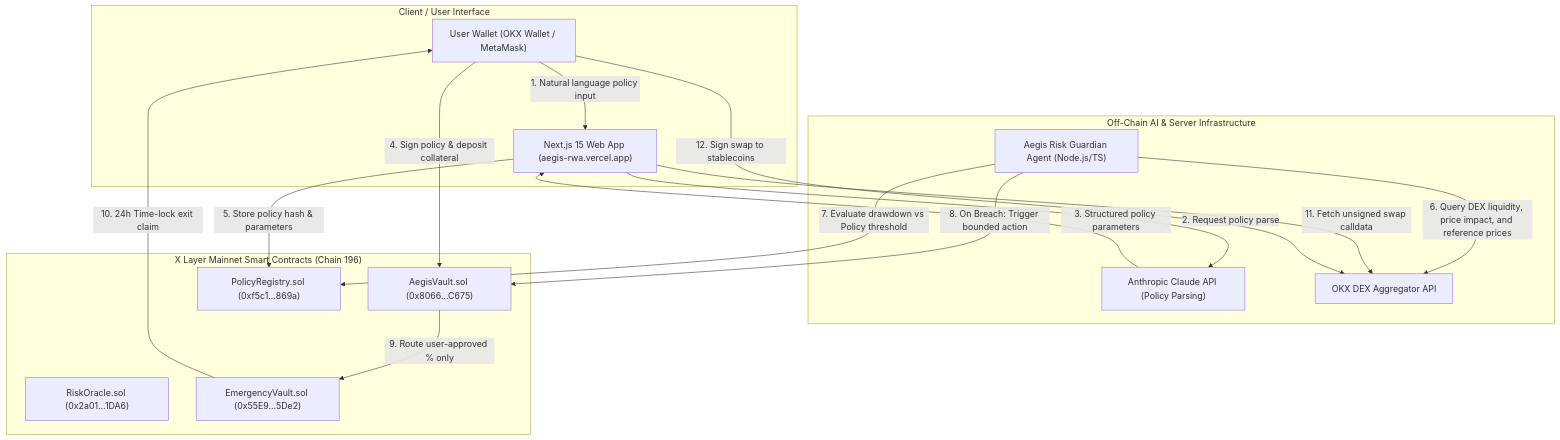
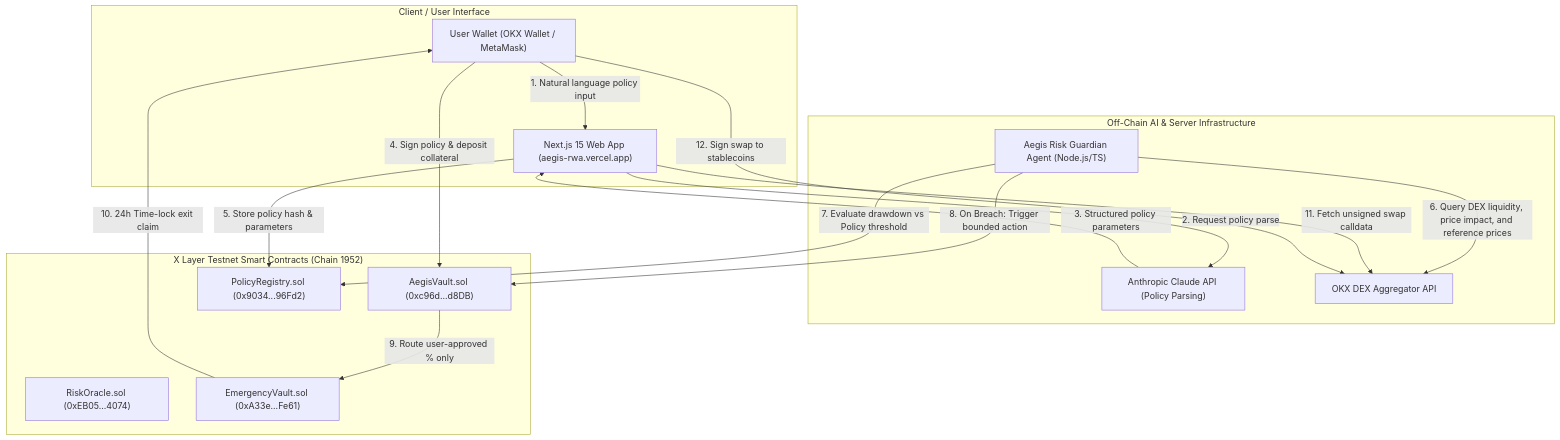
Before and after one commit to Ultraviolet01/Aegis: the diagram in README.md, drawn with Mermaid. The commit also changed other lines of this file and 3 other files, not shown here.

Commit message:
feat: add Emergency Claims UI, testnet faucet with toast, sequential per-wallet position tracking, on-chain activity timeline, and live breach scripts

````diff
--- a/README.md
+++ b/README.md
@@ -25,36 +25,36 @@
 ```mermaid
 graph TD
     subgraph "Client / User Interface"
         User["User Wallet (OKX Wallet / MetaMask)"]
         Dashboard["Next.js 15 Web App (aegis-rwa.vercel.app)"]
     end
 
     subgraph "Off-Chain AI & Server Infrastructure"
         LLM["Anthropic Claude API (Policy Parsing)"]
         Agent["Aegis Risk Guardian Agent (Node.js/TS)"]
         OKX_API["OKX DEX Aggregator API"]
     end
 
-    subgraph "X Layer Mainnet Smart Contracts (Chain 196)"
-        Vault["AegisVault.sol (0x8066...C675)"]
-        Registry["PolicyRegistry.sol (0xf5c1...869a)"]
-        Oracle["RiskOracle.sol (0x2a01...1DA6)"]
-        EVault["EmergencyVault.sol (0x55E9...5De2)"]
+    subgraph "X Layer Testnet Smart Contracts (Chain 1952)"
+        Vault["AegisVault.sol (0xc96d...d8DB)"]
+        Registry["PolicyRegistry.sol (0x9034...96Fd2)"]
+        Oracle["RiskOracle.sol (0xEB05...4074)"]
+        EVault["EmergencyVault.sol (0xA33e...Fe61)"]
     end
 
     User -->|"1. Natural language policy input"| Dashboard
     Dashboard -->|"2. Request policy parse"| LLM
     LLM -->|"3. Structured policy parameters"| Dashboard
     User -->|"4. Sign policy & deposit collateral"| Vault
     Dashboard -->|"5. Store policy hash & parameters"| Registry
 
     Agent -->|"6. Query DEX liquidity, price impact, and reference prices"| OKX_API
     Agent -->|"7. Evaluate drawdown vs Policy threshold"| Registry
 
     Agent --"8. On Breach: Trigger bounded action"--> Vault
     Vault --"9. Route user-approved % only"--> EVault
     EVault --"10. 24h Time-lock exit claim"--> User
 
     Dashboard --"11. Fetch unsigned swap calldata"--> OKX_API
     User --"12. Sign swap to stablecoins"--> OKX_API
 ```
````
